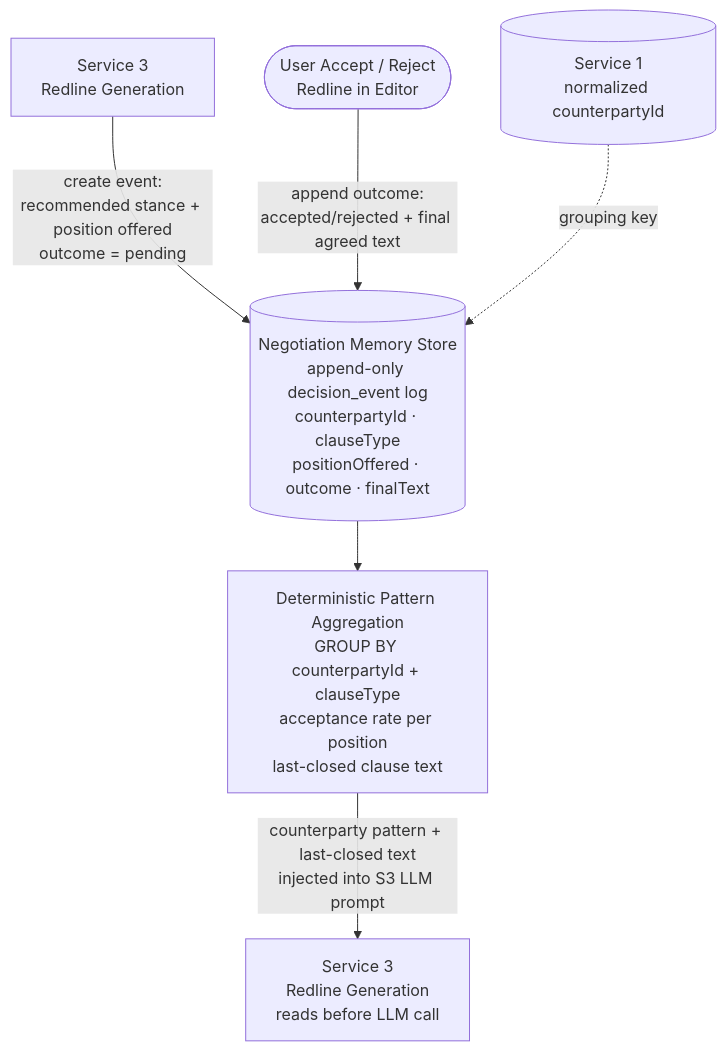
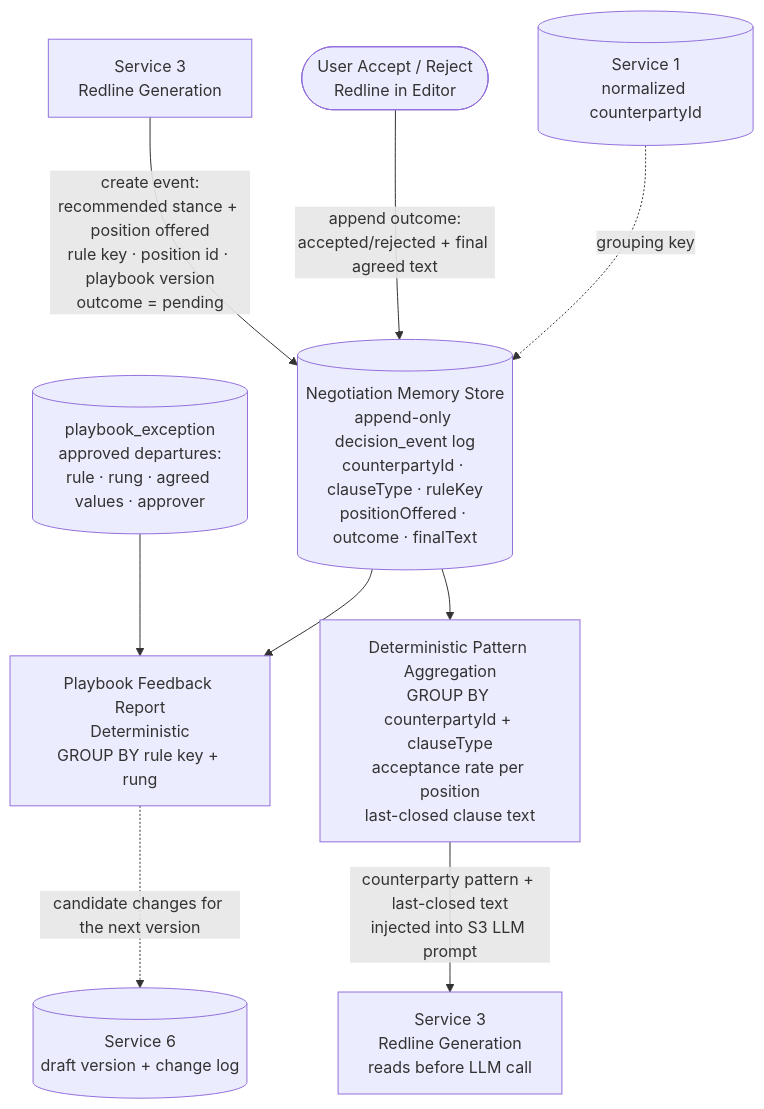
Diagram 14 of 16 in development_docs/Architecture.md (Athish49/Precedent), drawn with Mermaid before and after one commit. The commit also changed other lines of this file and 308 other files, not shown here.

````diff
--- a/development_docs/Architecture.md
+++ b/development_docs/Architecture.md
@@ -501,14 +626,18 @@
 ```mermaid
 flowchart TD
-    S3W[Service 3\nRedline Generation] -->|create event:\nrecommended stance + position offered\noutcome = pending| NMS
+    S3W[Service 3\nRedline Generation] -->|create event:\nrecommended stance + position offered\nrule key · position id · playbook version\noutcome = pending| NMS
 
     UIR([User Accept / Reject\nRedline in Editor]) -->|append outcome:\naccepted/rejected + final agreed text| NMS
 
     S1[(Service 1\nnormalized counterpartyId)] -.->|grouping key| NMS
 
-    NMS[(Negotiation Memory Store\nappend-only decision_event log\ncounterpartyId · clauseType\npositionOffered · outcome · finalText)]
+    NMS[(Negotiation Memory Store\nappend-only decision_event log\ncounterpartyId · clauseType · ruleKey\npositionOffered · outcome · finalText)]
+
+    EXC[(playbook_exception\napproved departures:\nrule · rung · agreed values · approver)] --> FB
+    NMS --> FB[Playbook Feedback Report\nDeterministic\nGROUP BY rule key + rung]
+    FB -.->|candidate changes for the next version| S6[(Service 6\ndraft version + change log)]
 
     NMS --> AGG[Deterministic Pattern Aggregation\nGROUP BY counterpartyId + clauseType\nacceptance rate per position\nlast-closed clause text]
 
     AGG -->|counterparty pattern + last-closed text\ninjected into S3 LLM prompt| S3R[Service 3\nRedline Generation\nreads before LLM call]
 ```
````
